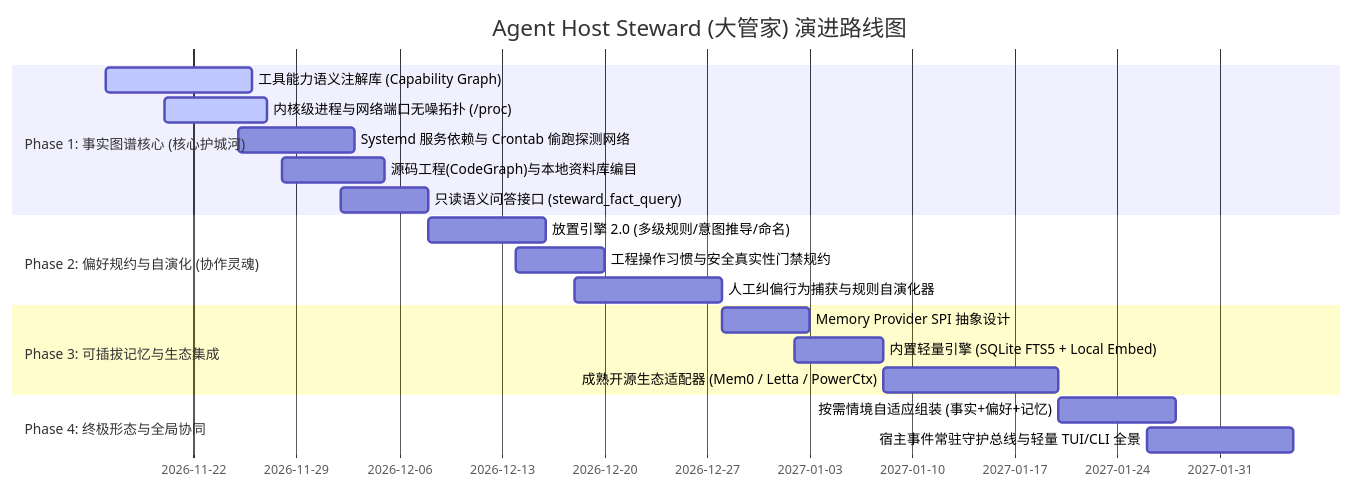
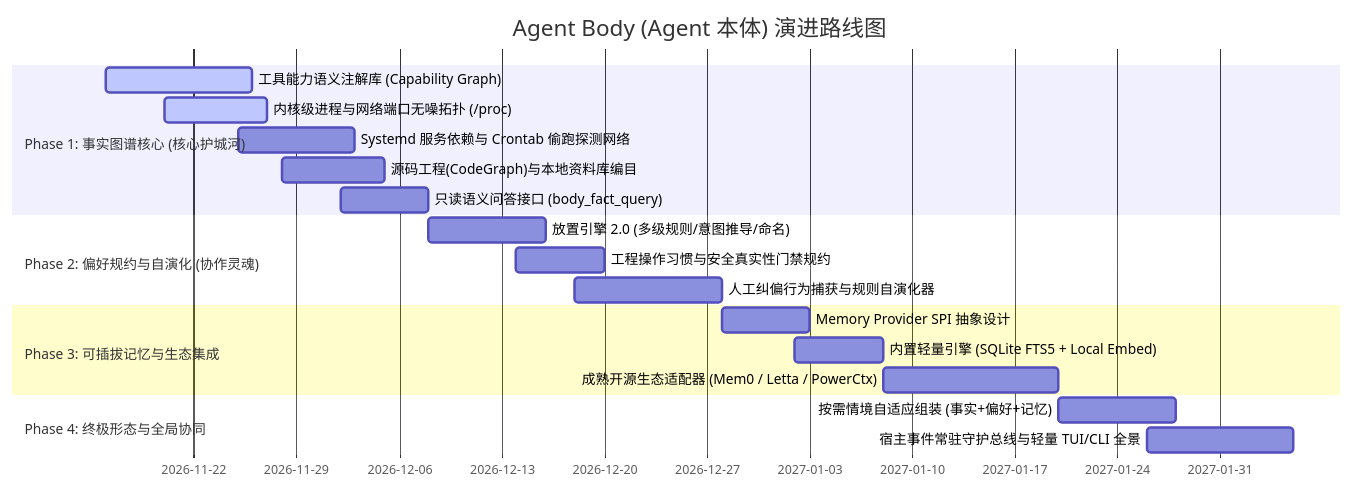
Before and after one commit to digoal/agent-body: the diagram in docs/design_doc/09-modular-roadmap.md, drawn with Mermaid. The commit also changed other lines of this file and 214 other files, not shown here.

Commit message:
refactor(naming): unify all legacy names to agent-body and Agent 本体 repo-wide

````diff
--- a/docs/design_doc/09-modular-roadmap.md
+++ b/docs/design_doc/09-modular-roadmap.md
@@ -11,22 +11,22 @@
 ```mermaid
 gantt
-    title Agent Host Steward (大管家) 演进路线图
+    title Agent Body (Agent 本体) 演进路线图
     dateFormat  YYYY-MM-DD
     section Phase 1: 事实图谱核心 (核心护城河)
     工具能力语义注解库 (Capability Graph)       :active, p1_1, 2026-11-16, 10d
     内核级进程与网络端口无噪拓扑 (/proc)         :active, p1_2, 2026-11-20, 7d
     Systemd 服务依赖与 Crontab 偷跑探测网络     :p1_3, 2026-11-25, 8d
     源码工程(CodeGraph)与本地资料库编目         :p1_4, 2026-11-28, 7d
-    只读语义问答接口 (steward_fact_query)       :p1_5, 2026-12-02, 6d
+    只读语义问答接口 (body_fact_query)       :p1_5, 2026-12-02, 6d
     section Phase 2: 偏好规约与自演化 (协作灵魂)
     放置引擎 2.0 (多级规则/意图推导/命名)       :p2_1, 2026-12-08, 8d
     工程操作习惯与安全真实性门禁规约           :p2_2, 2026-12-14, 6d
     人工纠偏行为捕获与规则自演化器             :p2_3, 2026-12-18, 10d
     section Phase 3: 可插拔记忆与生态集成
     Memory Provider SPI 抽象设计                :p3_1, 2026-12-28, 6d
     内置轻量引擎 (SQLite FTS5 + Local Embed)   :p3_2, 2027-01-02, 6d
     成熟开源生态适配器 (Mem0 / Letta / PowerCtx):p3_3, 2027-01-08, 12d
     section Phase 4: 终极形态与全局协同
     按需情境自适应组装 (事实+偏好+记忆)         :p4_1, 2027-01-20, 8d
     宿主事件常驻守护总线与轻量 TUI/CLI 全景     :p4_2, 2027-01-26, 10d
 ```
````
